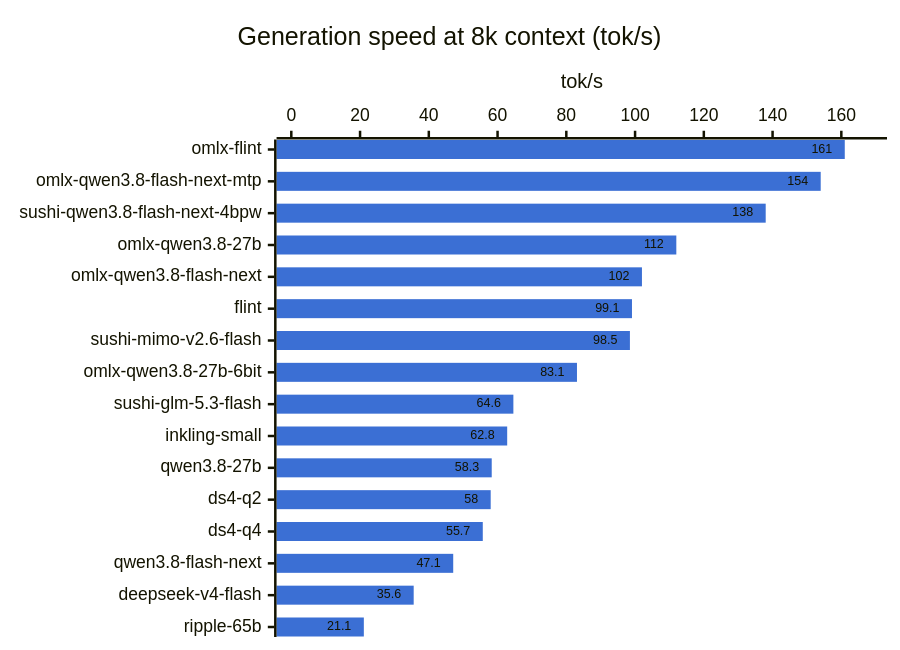
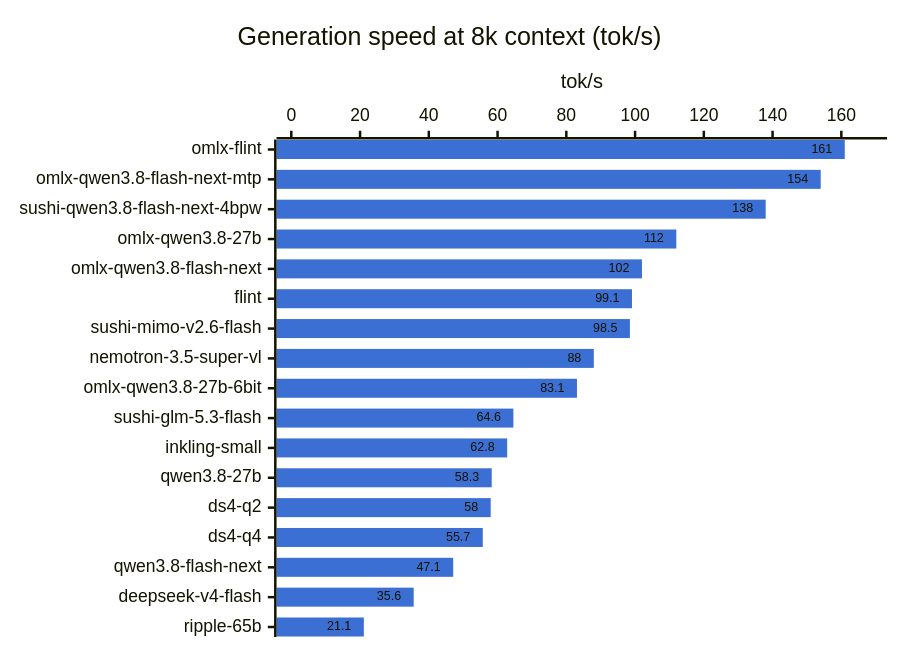
Before and after one commit to hofftodd/ai-bench: the second of 2 diagrams in RESULTS-mac.md, drawn with Mermaid. The commit also changed other lines of this file and 5 other files, not shown here.

First line of the commit message:
Benchmark Nemotron 3.5 Super VL on the Mac

````diff
--- a/RESULTS-mac.md
+++ b/RESULTS-mac.md
@@ -47,8 +48,8 @@
 ```mermaid
 %%{init: {"xyChart": {"showDataLabel": true}, "themeVariables": {"xyChart": {"plotColorPalette": "#3b6fd4"}}}}%%
 xychart-beta horizontal
     title "Generation speed at 8k context (tok/s)"
-    x-axis ["omlx-flint", "omlx-qwen3.8-flash-next-mtp", "sushi-qwen3.8-flash-next-4bpw", "omlx-qwen3.8-27b", "omlx-qwen3.8-flash-next", "flint", "sushi-mimo-v2.6-flash", "omlx-qwen3.8-27b-6bit", "sushi-glm-5.3-flash", "inkling-small", "qwen3.8-27b", "ds4-q2", "ds4-q4", "qwen3.8-flash-next", "deepseek-v4-flash", "ripple-65b"]
+    x-axis ["omlx-flint", "omlx-qwen3.8-flash-next-mtp", "sushi-qwen3.8-flash-next-4bpw", "omlx-qwen3.8-27b", "omlx-qwen3.8-flash-next", "flint", "sushi-mimo-v2.6-flash", "nemotron-3.5-super-vl", "omlx-qwen3.8-27b-6bit", "sushi-glm-5.3-flash", "inkling-small", "qwen3.8-27b", "ds4-q2", "ds4-q4", "qwen3.8-flash-next", "deepseek-v4-flash", "ripple-65b"]
     y-axis "tok/s" 0 --> 169
-    bar [161.0, 154.0, 138.0, 112.0, 102.0, 99.1, 98.5, 83.1, 64.6, 62.8, 58.3, 58.0, 55.7, 47.1, 35.6, 21.1]
+    bar [161.0, 154.0, 138.0, 112.0, 102.0, 99.1, 98.5, 88.0, 83.1, 64.6, 62.8, 58.3, 58.0, 55.7, 47.1, 35.6, 21.1]
 ```
````
